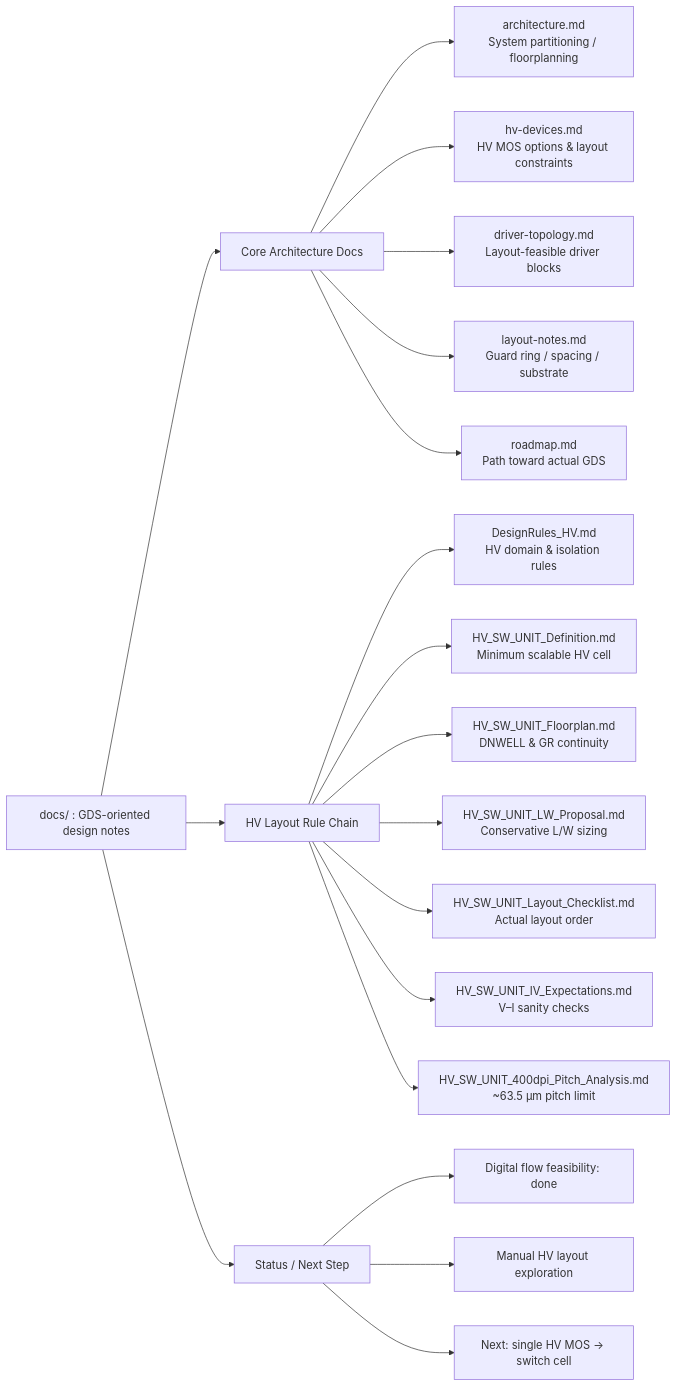
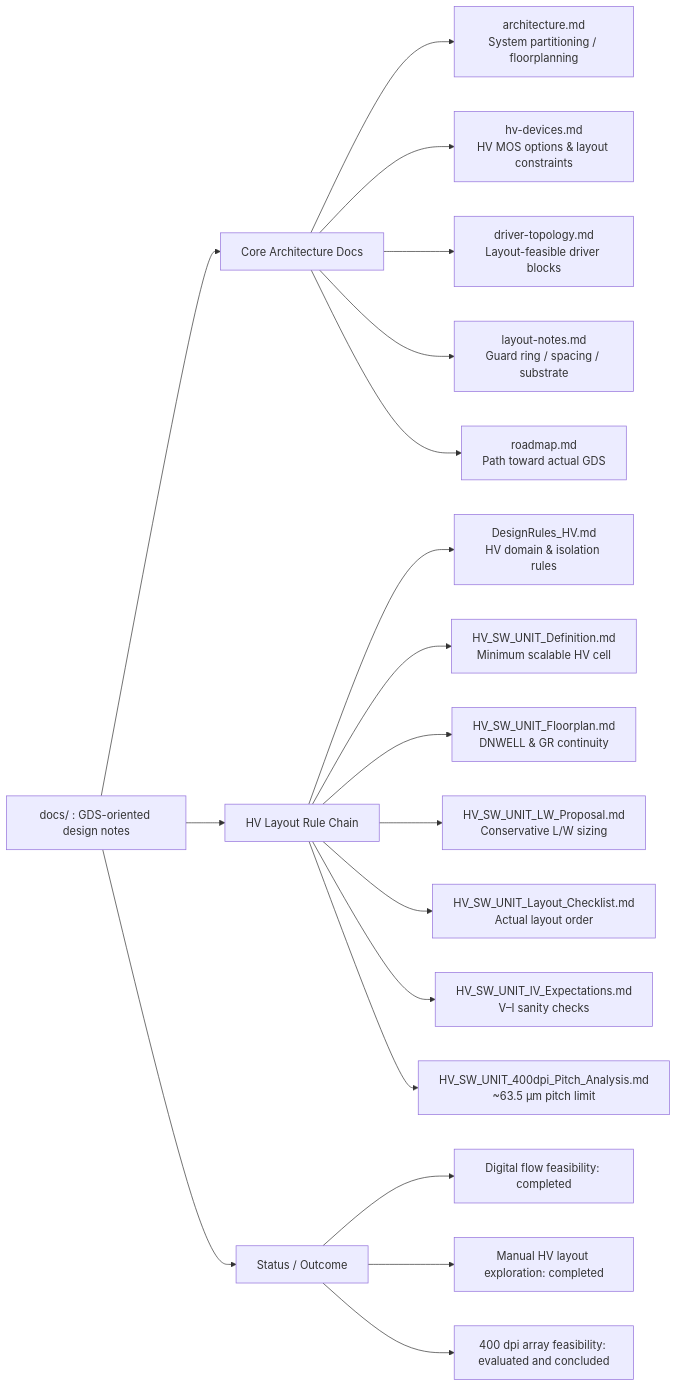
One commit to Samizo-AITL/gf180-inkjet-driver changed the diagram in docs/index.md. Above: the diagram before and after it, drawn with Mermaid. The commit also changed other lines of this file, not shown here.

````diff
--- a/docs/index.md
+++ b/docs/index.md
@@ -30,24 +32,24 @@
 ```mermaid
 flowchart LR
   A[docs/ : GDS-oriented design notes] --> B[Core Architecture Docs]
   A --> C[HV Layout Rule Chain]
-  A --> D[Status / Next Step]
+  A --> D[Status / Outcome]
 
   B --> B1[architecture.md\nSystem partitioning / floorplanning]
   B --> B2[hv-devices.md\nHV MOS options & layout constraints]
   B --> B3[driver-topology.md\nLayout-feasible driver blocks]
   B --> B4[layout-notes.md\nGuard ring / spacing / substrate]
   B --> B5[roadmap.md\nPath toward actual GDS]
 
   C --> C1[DesignRules_HV.md\nHV domain & isolation rules]
   C --> C2[HV_SW_UNIT_Definition.md\nMinimum scalable HV cell]
   C --> C3[HV_SW_UNIT_Floorplan.md\nDNWELL & GR continuity]
   C --> C4[HV_SW_UNIT_LW_Proposal.md\nConservative L/W sizing]
   C --> C5[HV_SW_UNIT_Layout_Checklist.md\nActual layout order]
   C --> C6[HV_SW_UNIT_IV_Expectations.md\nV–I sanity checks]
   C --> C7[HV_SW_UNIT_400dpi_Pitch_Analysis.md\n~63.5 µm pitch limit]
 
-  D --> D1[Digital flow feasibility: done]
-  D --> D2[Manual HV layout exploration]
-  D --> D3[Next: single HV MOS → switch cell]
+  D --> D1[Digital flow feasibility: completed]
+  D --> D2[Manual HV layout exploration: completed]
+  D --> D3[400 dpi array feasibility: evaluated and concluded]
 ```
````
